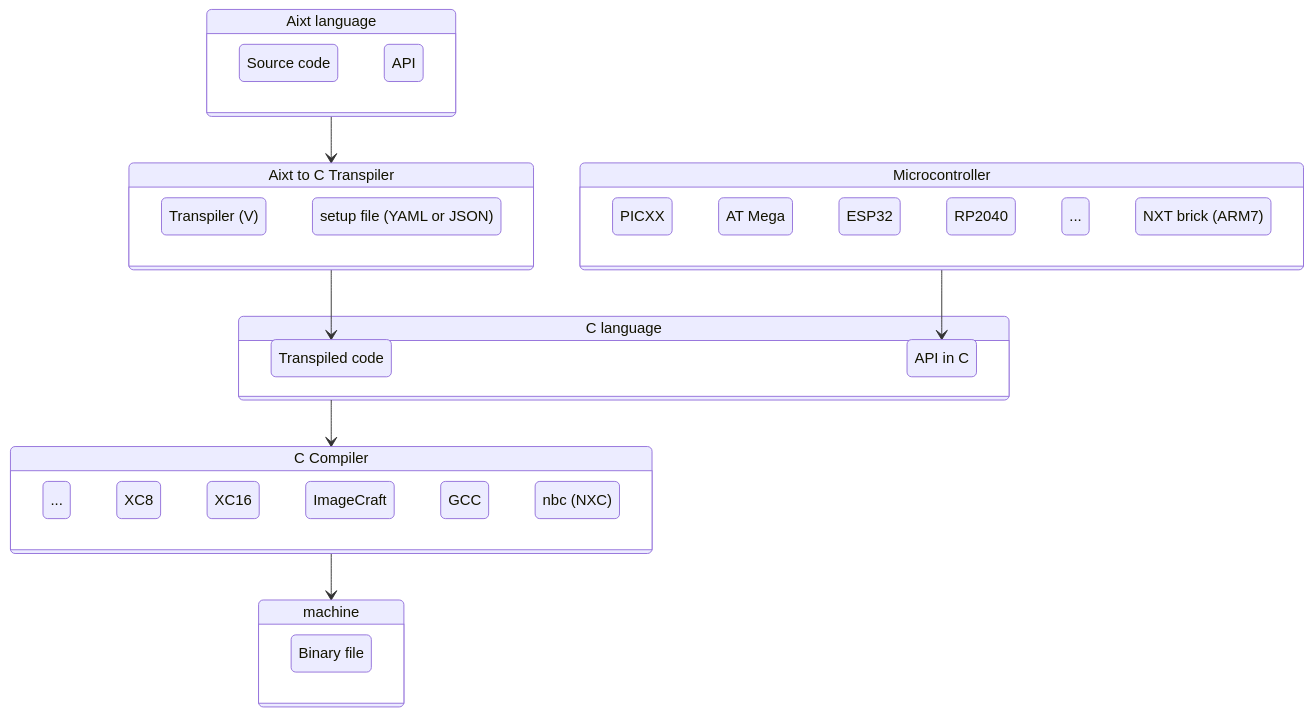
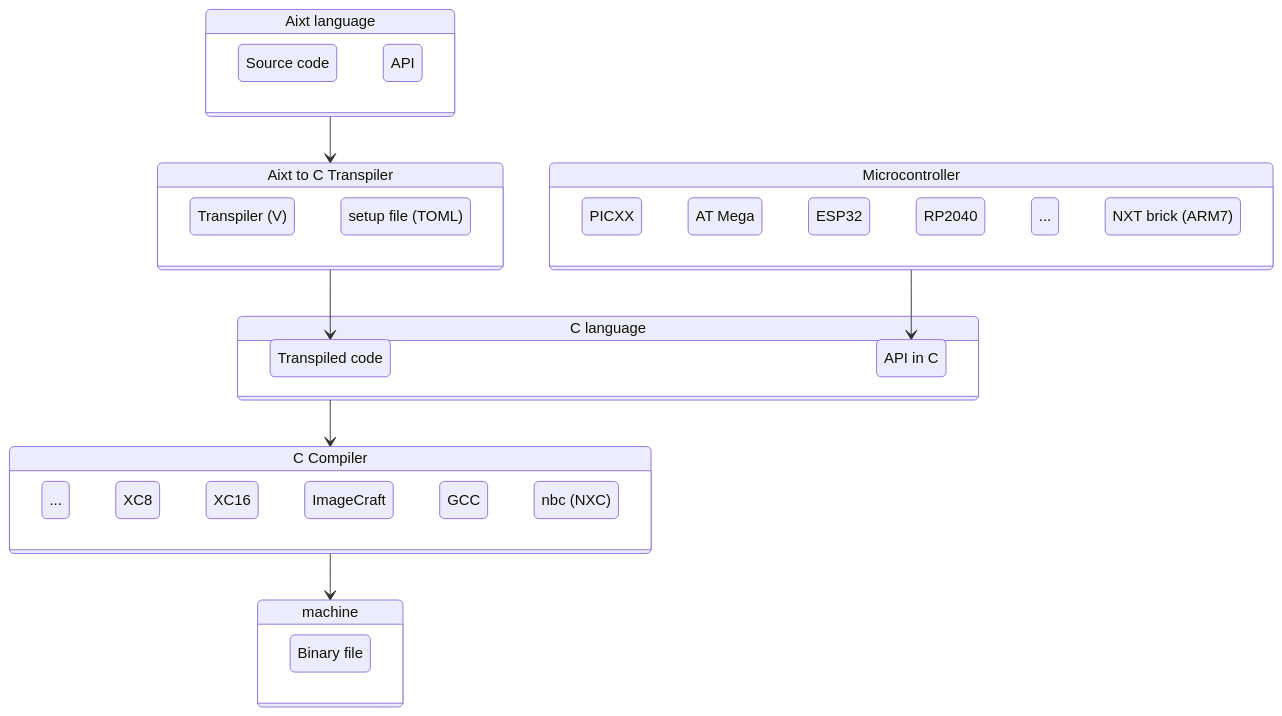
The diagram in README.md (fermarsan/aixt), drawn with Mermaid before and after one commit.

````diff
--- a/README.md
+++ b/README.md
@@ -9,55 +9,55 @@
 ```mermaid
 stateDiagram-v2
 
     Aixt: Aixt language
     state Aixt {
         source: Source code
         API
     }
 
     Aixt2C: Aixt to C Transpiler
     state Aixt2C {
         Transpiler: Transpiler (V)
-        setup: setup file (YAML or JSON)
+        setup: setup file (TOML)
     }
 
     C: C language
     state C {
         Tr_Code: Transpiled code
         API_C: API in C
     }
 
     state Microcontroller {
         PICs: PICXX
         ATM: AT Mega
         ESP32
         RP2040
         others2: ...
         NXT: NXT brick (ARM7) 
     }
 
     C_Compiler: C Compiler
     state C_Compiler {
         others: ...
         XC8  
         XC16 
         ImageCraft
         GCC  
         others 
         nbc: nbc (NXC) 
     }
     
     machine
     state machine {
         BF: Binary file
     }
     
     Aixt    --> Aixt2C 
     Aixt2C  --> Tr_Code
 
     C       --> C_Compiler
 
     C_Compiler  --> machine
 
     Microcontroller --> API_C
 ```
````
